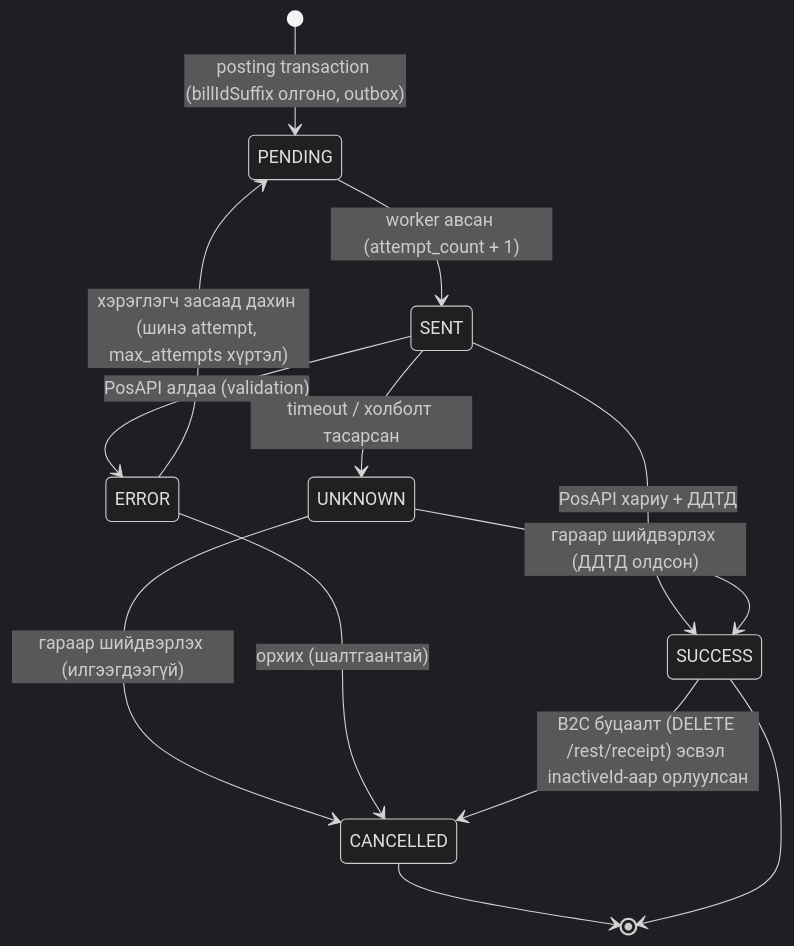
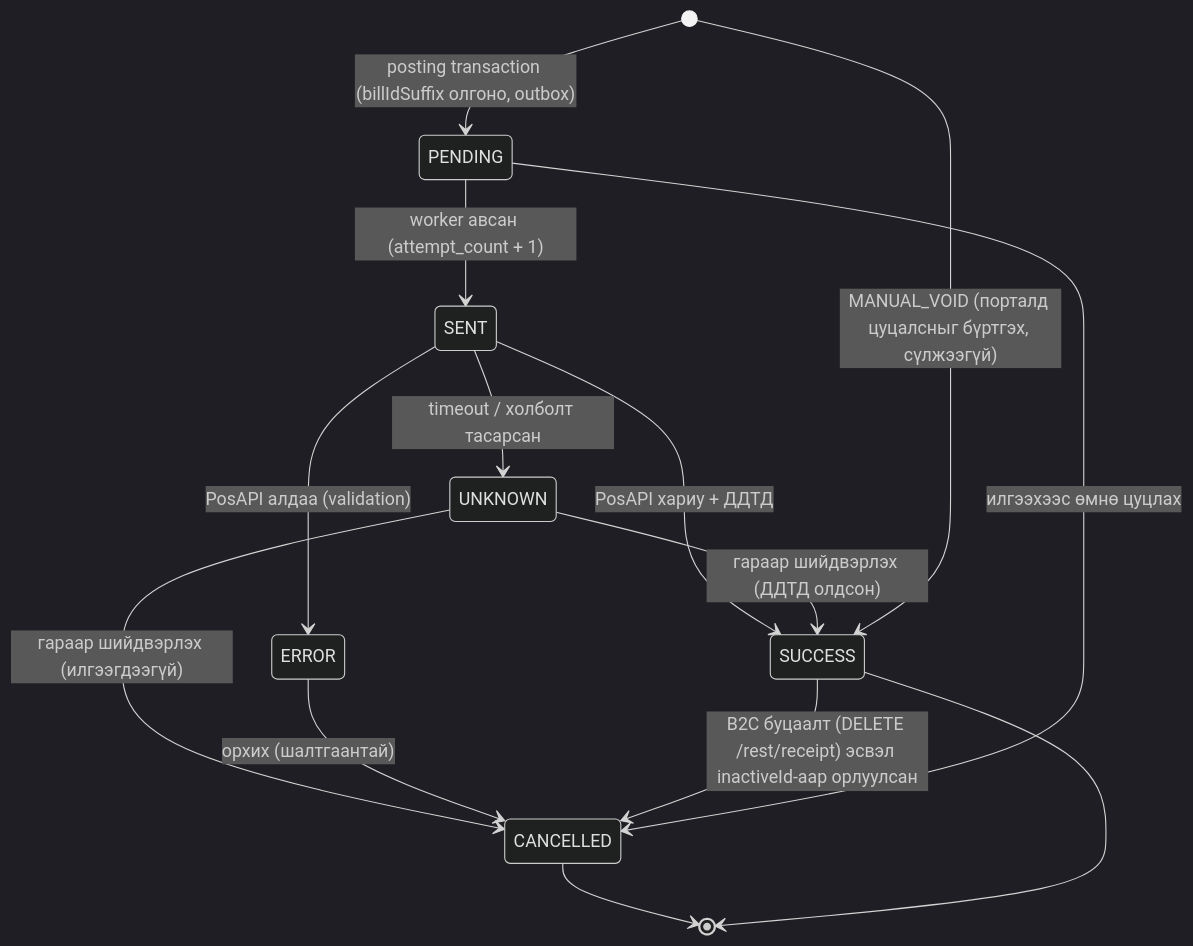
One commit to taigiiz/BCApps changed diagram 14 of 15 in docs/features/mn-micro-erp/03-domain-model.md. Above: the diagram before and after it, drawn with Mermaid (dark theme). The commit also changed other lines of this file and 65 other files, not shown here.

````diff
--- a/docs/features/mn-micro-erp/03-domain-model.md
+++ b/docs/features/mn-micro-erp/03-domain-model.md
@@ -574,15 +613,16 @@
 ```mermaid
 stateDiagram-v2
     [*] --> PENDING : posting transaction (billIdSuffix олгоно, outbox)
     PENDING --> SENT : worker авсан (attempt_count + 1)
     SENT --> SUCCESS : PosAPI хариу + ДДТД
     SENT --> ERROR : PosAPI алдаа (validation)
     SENT --> UNKNOWN : timeout / холболт тасарсан
-    ERROR --> PENDING : хэрэглэгч засаад дахин (шинэ attempt, max_attempts хүртэл)
     UNKNOWN --> SUCCESS : гараар шийдвэрлэх (ДДТД олдсон)
     UNKNOWN --> CANCELLED : гараар шийдвэрлэх (илгээгдээгүй)
     ERROR --> CANCELLED : орхих (шалтгаантай)
     SUCCESS --> CANCELLED : B2C буцаалт (DELETE /rest/receipt) эсвэл inactiveId-аар орлуулсан
+    PENDING --> CANCELLED : илгээхээс өмнө цуцлах
+    [*] --> SUCCESS : MANUAL_VOID (порталд цуцалсныг бүртгэх, сүлжээгүй)
     CANCELLED --> [*]
     SUCCESS --> [*]
 ```
````
